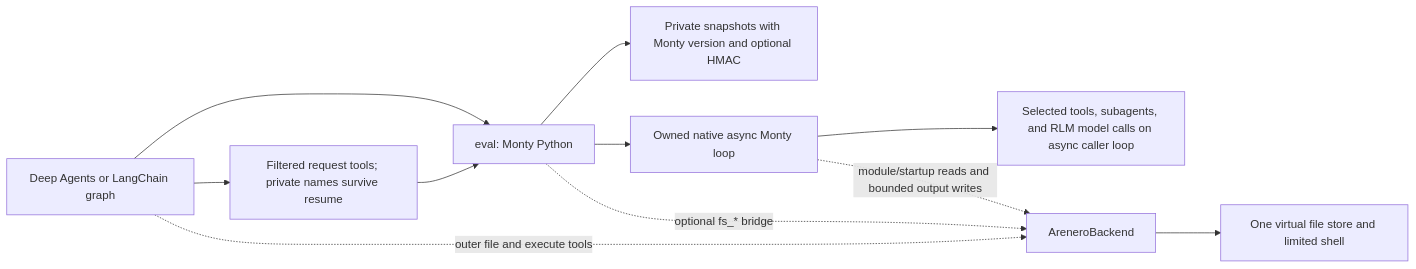
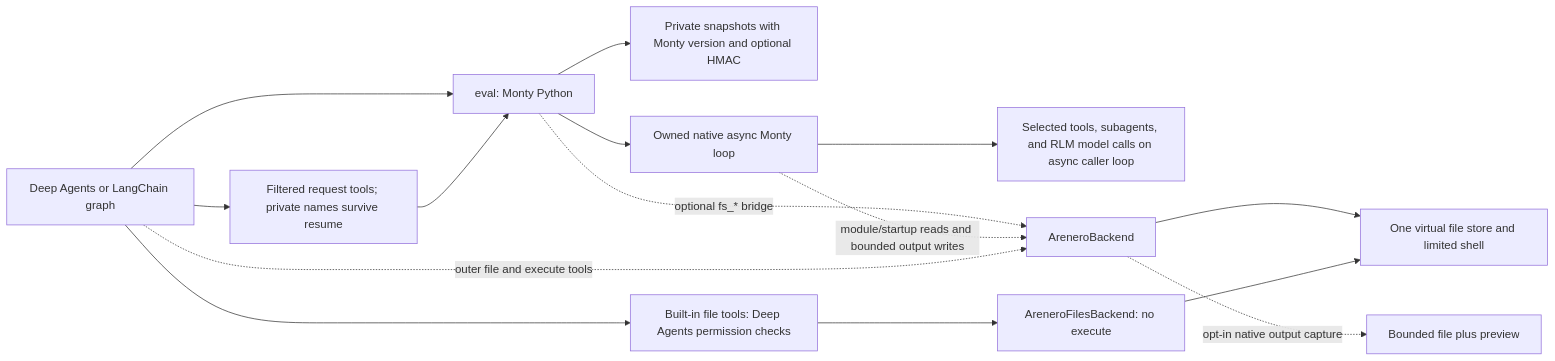
The fourth of 4 diagrams in README.md (sgaseretto/arenero), drawn with Mermaid before and after one commit. The commit also changed other lines of this file and 11 other files, not shown here.

Commit message:
feat: add Deep Agents file-only backend and native output capture

````diff
--- a/README.md
+++ b/README.md
@@ -597,13 +597,17 @@
 ```mermaid
 flowchart LR
     Graph["Deep Agents or LangChain graph"] --> Eval["eval: Monty Python"]
     Eval --> State["Private snapshots with Monty version and optional HMAC"]
     Graph --> Selection["Filtered request tools; private names survive resume"]
     Selection --> Eval
     Eval --> Monty["Owned native async Monty loop"]
     Monty --> Tools["Selected tools, subagents, and RLM model calls on async caller loop"]
     Eval -. "optional fs_* bridge" .-> Backend["AreneroBackend"]
     Monty -. "module/startup reads and bounded output writes" .-> Backend
+    Graph --> Permissions["Built-in file tools: Deep Agents permission checks"]
+    Permissions --> FileOnly["AreneroFilesBackend: no execute"]
     Graph -. "outer file and execute tools" .-> Backend
     Backend --> Files["One virtual file store and limited shell"]
+    FileOnly --> Files
+    Backend -. "opt-in native output capture" .-> Saved["Bounded file plus preview"]
 ```
````
